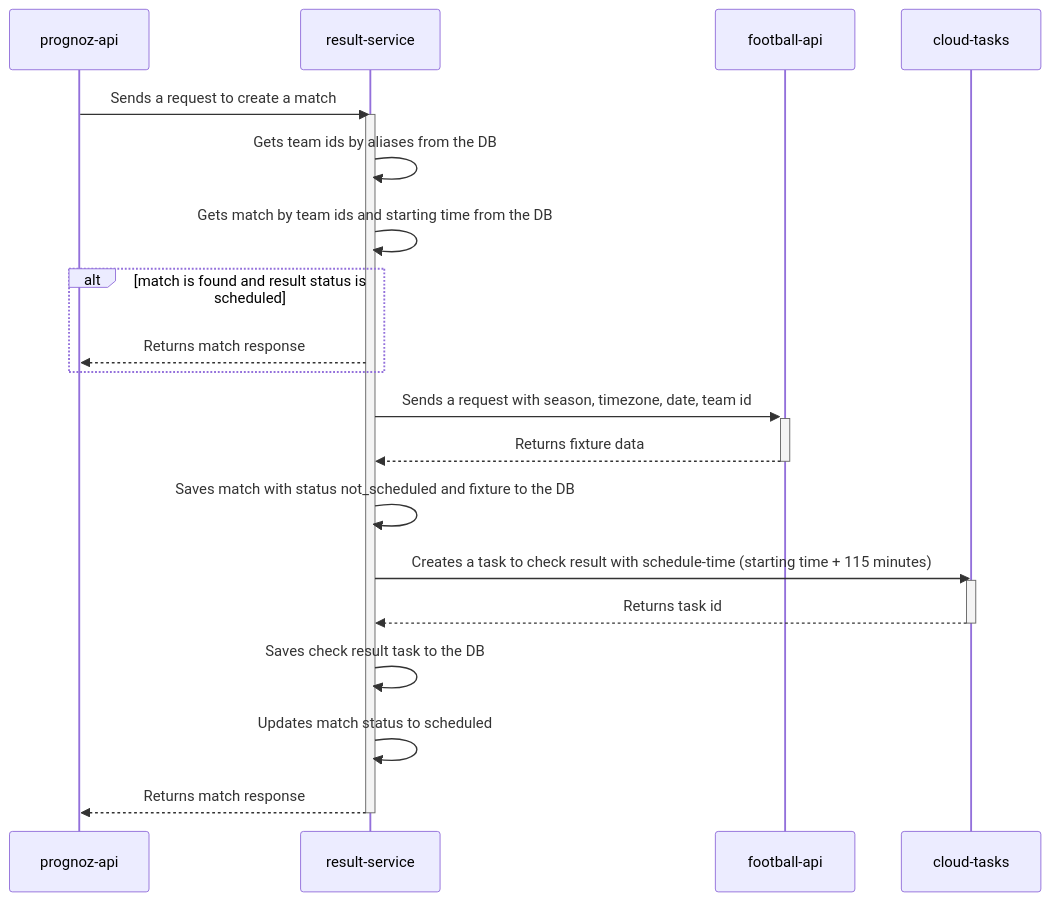
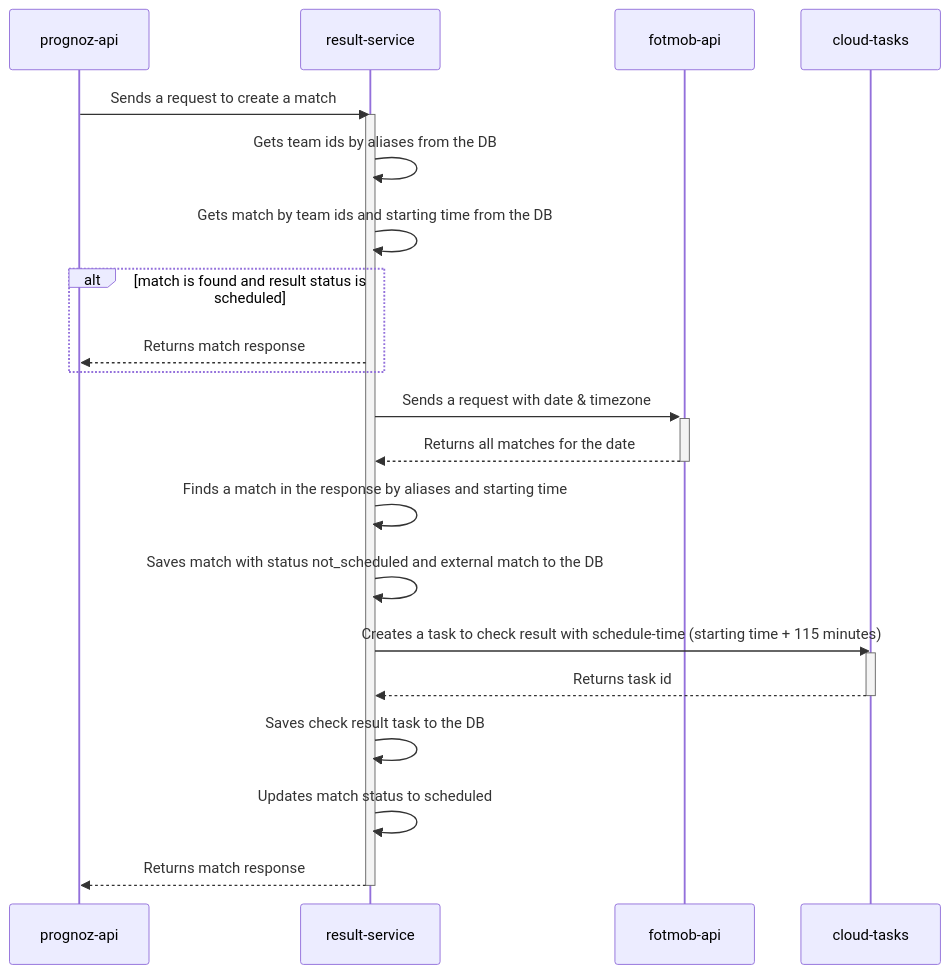
One commit to andrewshostak/result-service changed the third of 7 diagrams in README.md. Above: the diagram before and after it, drawn with Mermaid. The commit also changed other lines of this file and 13 other files, not shown here.

Commit message:
Backfill aliases command with new external api client

````diff
--- a/README.md
+++ b/README.md
@@ -126,25 +128,26 @@
 ```mermaid
 sequenceDiagram
 participant API as prognoz-api
 participant ResultService as result-service
-participant FootballAPI as football-api
+participant Fotmob as fotmob-api
 participant CloudTasks as cloud-tasks
 API->>ResultService: Sends a request to create a match
 Activate ResultService
 ResultService->>ResultService: Gets team ids by aliases from the DB
 ResultService->>ResultService: Gets match by team ids and starting time from the DB
 alt match is found and result status is scheduled
     ResultService-->>API: Returns match response
 end
-ResultService->>+FootballAPI: Sends a request with season, timezone, date, team id
-FootballAPI-->>-ResultService: Returns fixture data
-ResultService->>ResultService: Saves match with status not_scheduled and fixture to the DB
+ResultService->>+Fotmob: Sends a request with date & timezone
+Fotmob-->>-ResultService: Returns all matches for the date
+ResultService->>ResultService: Finds a match in the response by aliases and starting time
+ResultService->>ResultService: Saves match with status not_scheduled and external match to the DB
 ResultService->>CloudTasks: Creates a task to check result with schedule-time (starting time + 115 minutes)
 Activate CloudTasks
 CloudTasks-->>ResultService: Returns task id
 Deactivate CloudTasks
 ResultService->>ResultService: Saves check result task to the DB
 ResultService->>ResultService: Updates match status to scheduled
 ResultService-->>API: Returns match response
 Deactivate ResultService
 ```
````
